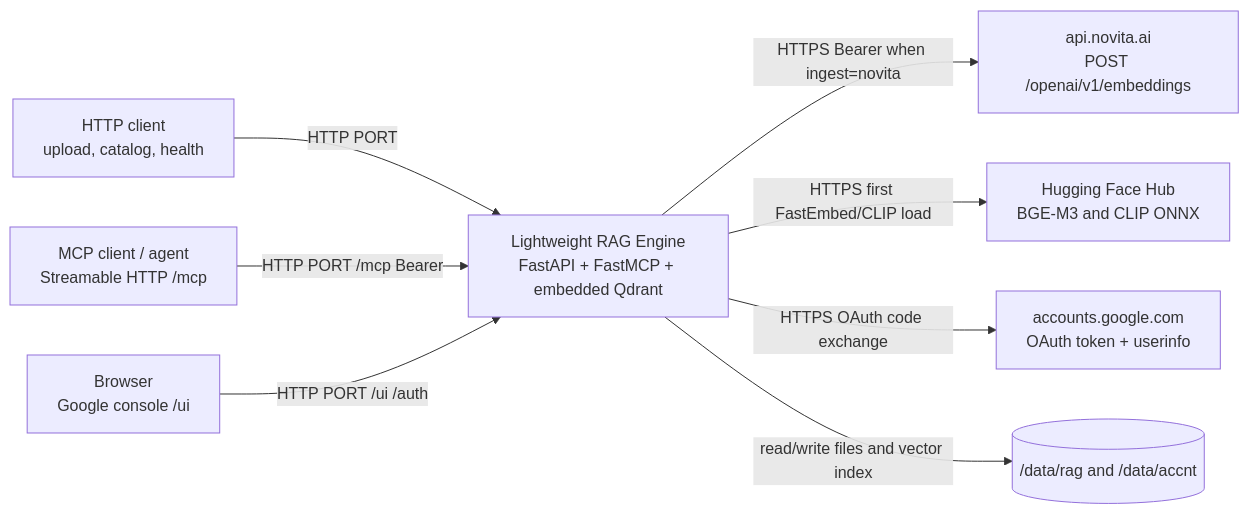
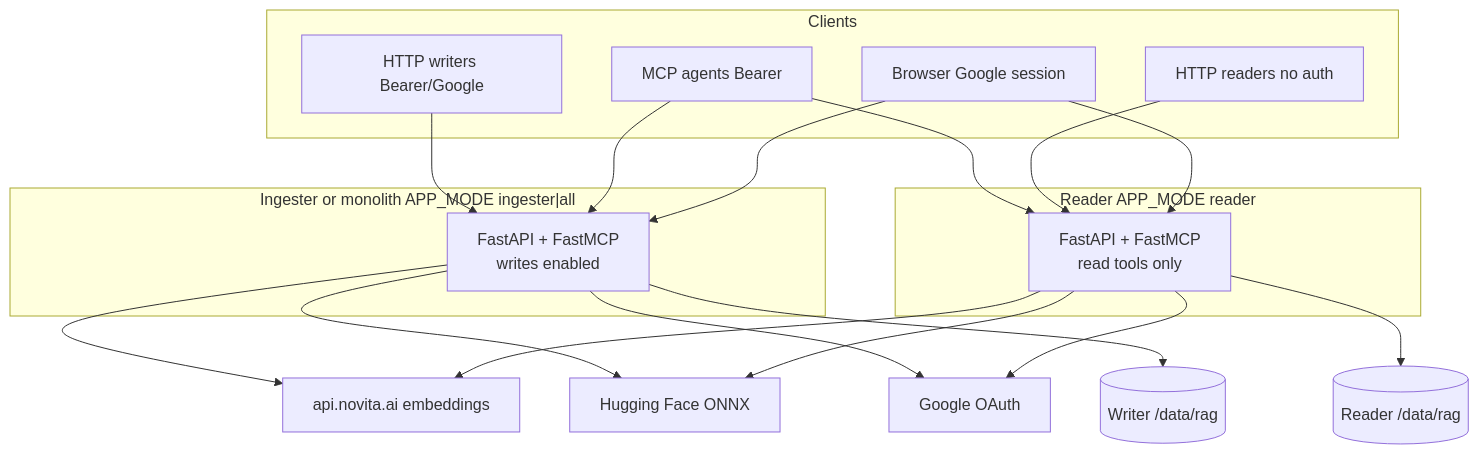
The second of 5 diagrams in docs/ARCHITECTURE.md (mkrejp/fastmcp-rag-timer), drawn with Mermaid before and after one commit. The commit also changed other lines of this file and 5 other files, not shown here.

First line of the commit message:
docs: align architecture and connectivity with reader/ingester split

````diff
--- a/docs/ARCHITECTURE.md
+++ b/docs/ARCHITECTURE.md
@@ -32,19 +63,38 @@
 ```mermaid
-flowchart LR
-  httpClient["HTTP client<br/>upload, catalog, health"]
-  mcpClient["MCP client / agent<br/>Streamable HTTP /mcp"]
-  browser["Browser<br/>Google console /ui"]
-  this["Lightweight RAG Engine<br/>FastAPI + FastMCP + embedded Qdrant"]
-  novita["api.novita.ai<br/>POST /openai/v1/embeddings"]
-  hf["Hugging Face Hub<br/>BGE-M3 and CLIP ONNX"]
-  google["accounts.google.com<br/>OAuth token + userinfo"]
-  disk[("/data/rag and /data/accnt")]
+flowchart TB
+  subgraph clients["Clients"]
+    agents["MCP agents Bearer"]
+    httpW["HTTP writers Bearer/Google"]
+    httpR["HTTP readers no auth"]
+    ui["Browser Google session"]
+  end
 
-  httpClient -->|"HTTP PORT"| this
-  mcpClient -->|"HTTP PORT /mcp Bearer"| this
-  browser -->|"HTTP PORT /ui /auth"| this
-  this -->|"HTTPS Bearer when ingest=novita"| novita
-  this -->|"HTTPS first FastEmbed/CLIP load"| hf
-  this -->|"HTTPS OAuth code exchange"| google
-  this -->|"read/write files and vector index"| disk
+  subgraph ingester["Ingester or monolith APP_MODE ingester|all"]
+    I["FastAPI + FastMCP<br/>writes enabled"]
+  end
+
+  subgraph reader["Reader APP_MODE reader"]
+    R["FastAPI + FastMCP<br/>read tools only"]
+  end
+
+  novita["api.novita.ai embeddings"]
+  hf["Hugging Face ONNX"]
+  google["Google OAuth"]
+  diskW[("Writer /data/rag")]
+  diskR[("Reader /data/rag")]
+
+  httpW --> I
+  agents --> I
+  agents --> R
+  httpR --> R
+  ui --> I
+  ui --> R
+  I --> novita
+  I --> hf
+  R --> novita
+  R --> hf
+  I --> google
+  R --> google
+  I --> diskW
+  R --> diskR
 ```
````
